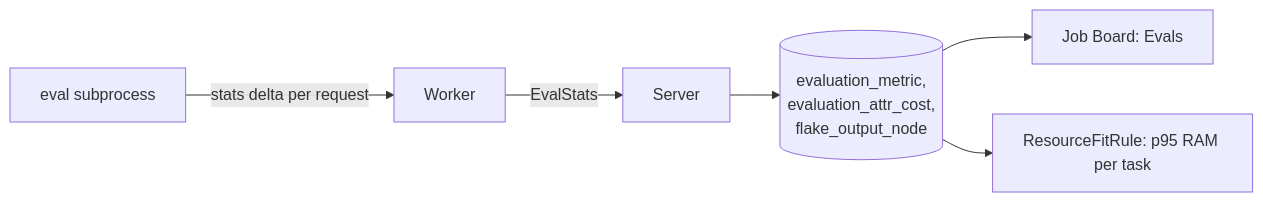
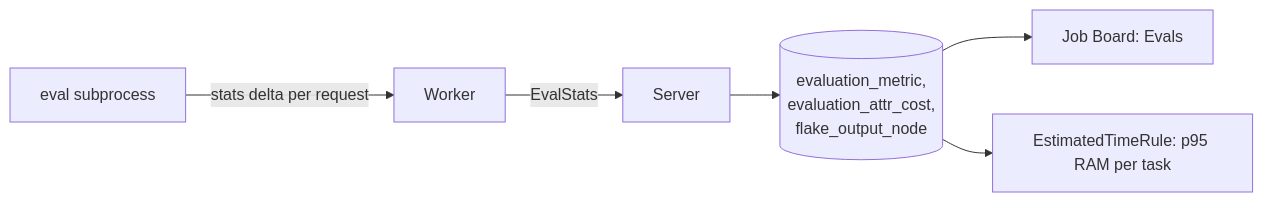
Before and after one commit to wavelens/gradient: the diagram in docs/src/contributors/eval-metrics.md, drawn with Mermaid. The commit also changed other lines of this file and 3 other files, not shown here.

Commit message:
docs: docs: describe the per-path time, evaluation estimates, transfer limits and the reduced rule set

````diff
--- a/docs/src/contributors/eval-metrics.md
+++ b/docs/src/contributors/eval-metrics.md
@@ -5,8 +5,8 @@
 ```mermaid
 flowchart LR
     sub[eval subprocess] -->|stats delta per request| worker[Worker]
     worker -->|EvalStats| server[Server]
     server --> tables[(evaluation_metric,<br/>evaluation_attr_cost,<br/>flake_output_node)]
     tables --> board[Job Board: Evals]
-    tables --> rule[ResourceFitRule: p95 RAM per task]
+    tables --> rule[EstimatedTimeRule: p95 RAM per task]
 ```
````
